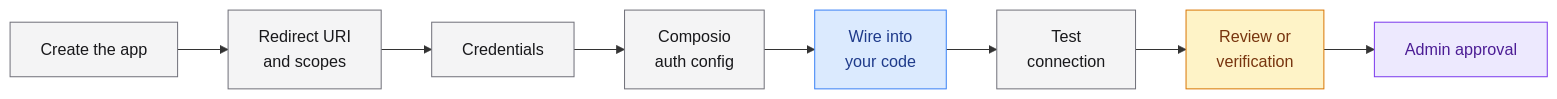
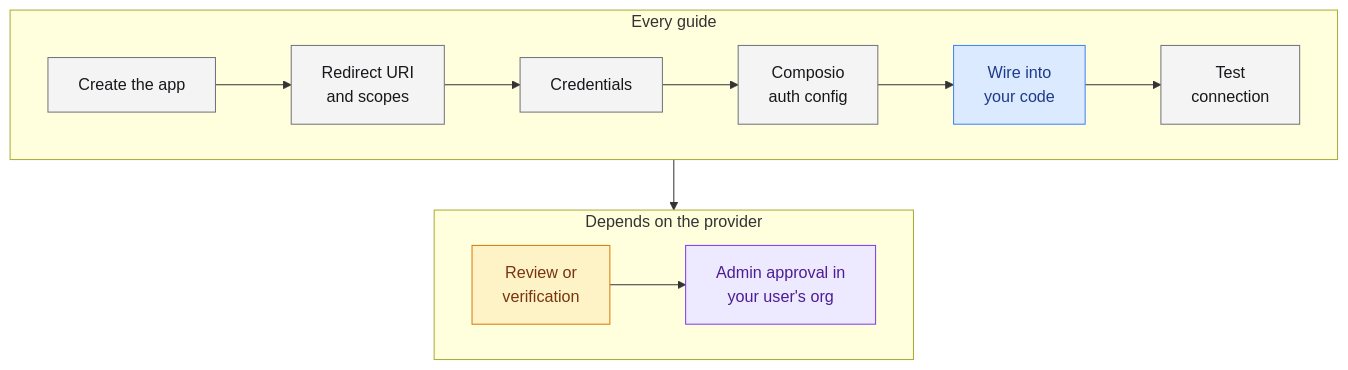
The second of 4 diagrams in README.md (jkjarvis/oauth-guides), drawn with Mermaid before and after one commit.

Commit message:
README: split the step-flow diagram into two rows

````diff
--- a/README.md
+++ b/README.md
@@ -67,8 +67,16 @@
 ```mermaid
-flowchart LR
-  A["Create the app"]:::you --> B["Redirect URI<br/>and scopes"]:::you --> C["Credentials"]:::you --> D["Composio<br/>auth config"]:::you --> E["Wire into<br/>your code"]:::agent --> F["Test<br/>connection"]:::you --> G["Review or<br/>verification"]:::wait --> H["Admin approval"]:::admin
+flowchart TB
+  subgraph every ["Every guide"]
+    direction LR
+    A["Create the app"]:::you --> B["Redirect URI<br/>and scopes"]:::you --> C["Credentials"]:::you --> D["Composio<br/>auth config"]:::you --> E["Wire into<br/>your code"]:::agent --> F["Test<br/>connection"]:::you
+  end
+  subgraph some ["Depends on the provider"]
+    direction LR
+    G["Review or<br/>verification"]:::wait --> H["Admin approval in<br/>your user's org"]:::admin
+  end
+  every --> some
   classDef you fill:#f4f4f5,stroke:#71717a,color:#18181b
   classDef agent fill:#dbeafe,stroke:#3b82f6,color:#1e3a8a
   classDef wait fill:#fef3c7,stroke:#d97706,color:#78350f
   classDef admin fill:#ede9fe,stroke:#7c3aed,color:#4c1d95
 ```
````
